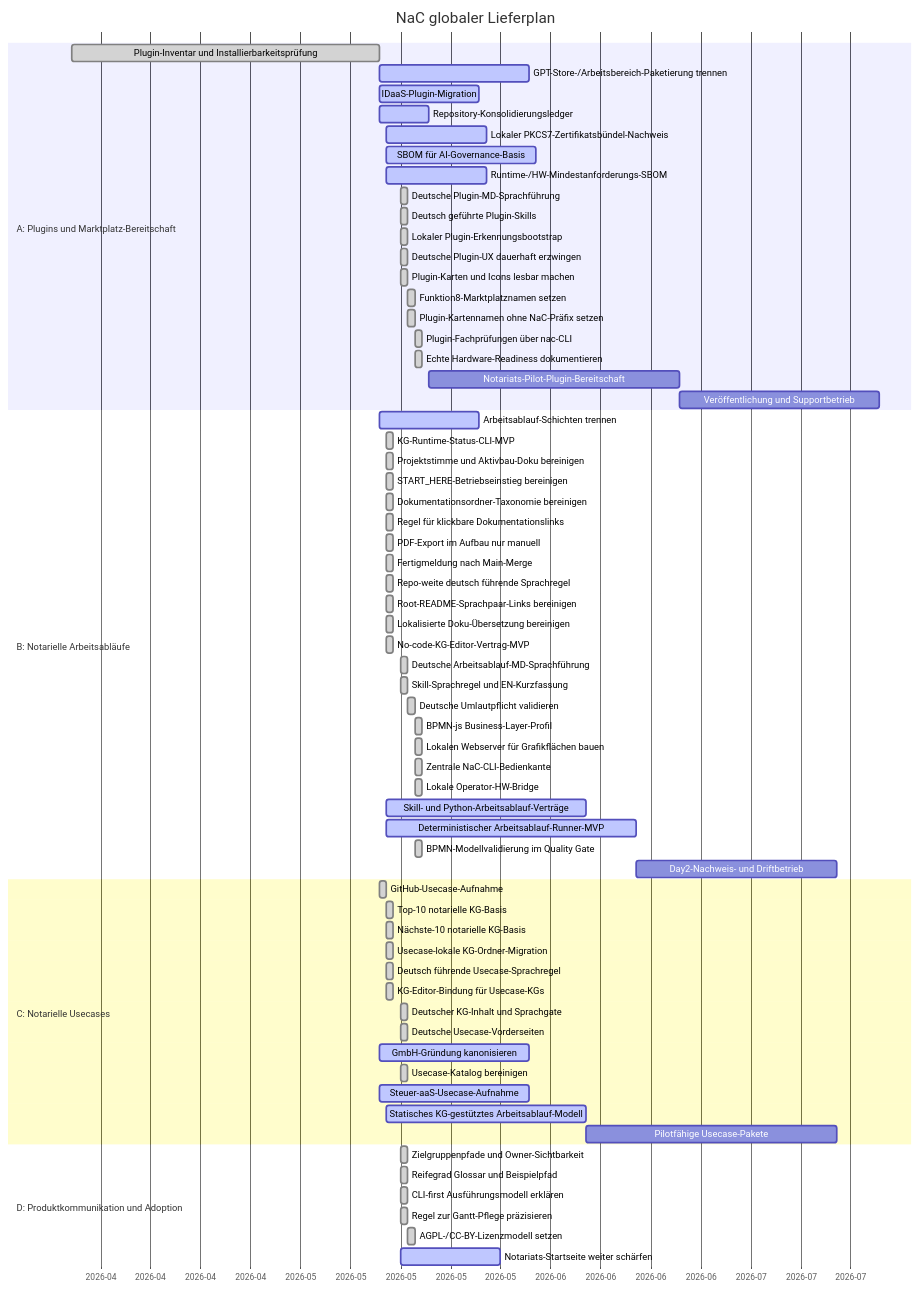
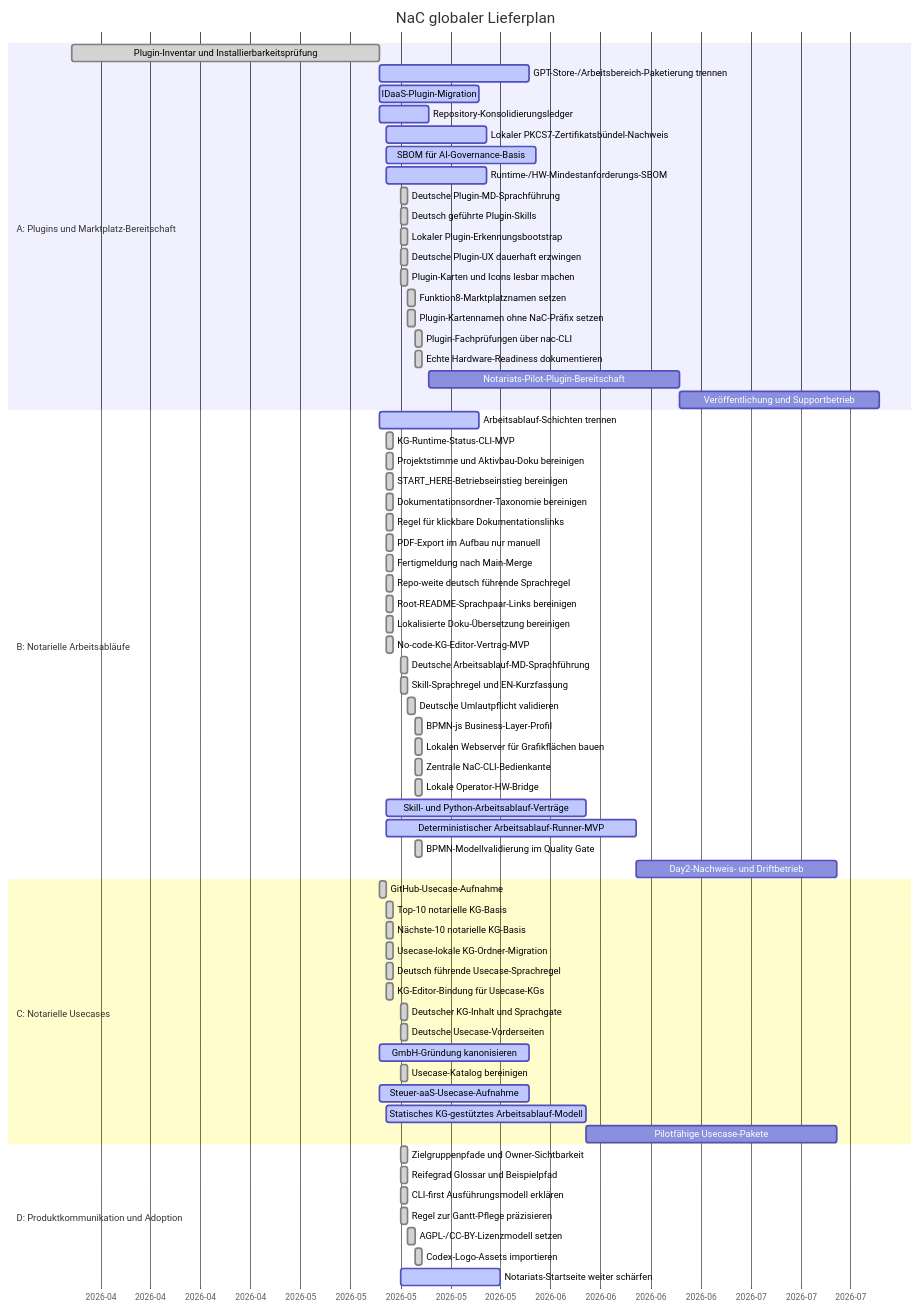
The diagram in roadmap/GANTT.md (notariat8/NaC), drawn with Mermaid before and after one commit. The commit also changed other lines of this file and 106 other files, not shown here.

Commit message:
Import Codex logo assets

````diff
--- a/roadmap/GANTT.md
+++ b/roadmap/GANTT.md
@@ -14,74 +14,75 @@
 ```mermaid
 gantt
     title NaC globaler Lieferplan
     dateFormat  YYYY-MM-DD
     axisFormat  %Y-%m
 
     section A: Plugins und Marktplatz-Bereitschaft
     Plugin-Inventar und Installierbarkeitsprüfung :done, a1, 2026-04-01, 2026-05-14
     GPT-Store-/Arbeitsbereich-Paketierung trennen :active, a2, 2026-05-14, 21d
     IDaaS-Plugin-Migration                       :active,  a3, 2026-05-14, 14d
     Repository-Konsolidierungsledger             :active,  a4, 2026-05-14, 7d
     Lokaler PKCS7-Zertifikatsbündel-Nachweis    :active,  a4a, 2026-05-15, 14d
     SBOM für AI-Governance-Basis                :active,  a4b, 2026-05-15, 21d
     Runtime-/HW-Mindestanforderungs-SBOM         :active,  a4c, 2026-05-15, 14d
     Deutsche Plugin-MD-Sprachführung            :done,    a4d, 2026-05-17, 1d
     Deutsch geführte Plugin-Skills              :done,    a4e, 2026-05-17, 1d
     Lokaler Plugin-Erkennungsbootstrap           :done,    a4f, 2026-05-17, 1d
     Deutsche Plugin-UX dauerhaft erzwingen       :done,    a4g, 2026-05-17, 1d
     Plugin-Karten und Icons lesbar machen        :done,    a4h, 2026-05-17, 1d
     Funktion8-Marktplatznamen setzen             :done,    a4i, 2026-05-18, 1d
     Plugin-Kartennamen ohne NaC-Präfix setzen    :done,    a4j, 2026-05-18, 1d
     Plugin-Fachprüfungen über nac-CLI            :done,    a4k, 2026-05-19, 1d
     Echte Hardware-Readiness dokumentieren       :done,    a4l, 2026-05-19, 1d
     Notariats-Pilot-Plugin-Bereitschaft          :         a5, after a4, 35d
     Veröffentlichung und Supportbetrieb         :         a6, after a5, 28d
 
     section B: Notarielle Arbeitsabläufe
     Arbeitsablauf-Schichten trennen              :active,  b1, 2026-05-14, 14d
     KG-Runtime-Status-CLI-MVP                    :done,    b1a, 2026-05-15, 1d
     Projektstimme und Aktivbau-Doku bereinigen   :done,    b1b, 2026-05-15, 1d
     START_HERE-Betriebseinstieg bereinigen       :done,    b1c, 2026-05-15, 1d
     Dokumentationsordner-Taxonomie bereinigen    :done,    b1d, 2026-05-15, 1d
     Regel für klickbare Dokumentationslinks     :done,    b1e, 2026-05-15, 1d
     PDF-Export im Aufbau nur manuell             :done,    b1f, 2026-05-15, 1d
     Fertigmeldung nach Main-Merge                :done,    b1g, 2026-05-15, 1d
     Repo-weite deutsch führende Sprachregel     :done,    b1h, 2026-05-15, 1d
     Root-README-Sprachpaar-Links bereinigen      :done,    b1i, 2026-05-15, 1d
     Lokalisierte Doku-Übersetzung bereinigen    :done,    b1j, 2026-05-15, 1d
     No-code-KG-Editor-Vertrag-MVP                :done,    b1k, 2026-05-15, 1d
     Deutsche Arbeitsablauf-MD-Sprachführung     :done,    b1l, 2026-05-17, 1d
     Skill-Sprachregel und EN-Kurzfassung         :done,    b1m, 2026-05-17, 1d
     Deutsche Umlautpflicht validieren            :done,    b1n, 2026-05-18, 1d
     BPMN-js Business-Layer-Profil                :done,    b1o, 2026-05-19, 1d
     Lokalen Webserver für Grafikflächen bauen   :done,    b1p, 2026-05-19, 1d
     Zentrale NaC-CLI-Bedienkante                 :done,    b1q, 2026-05-19, 1d
     Lokale Operator-HW-Bridge                    :done,    b1r, 2026-05-19, 1d
     Skill- und Python-Arbeitsablauf-Verträge    :active,  b2, 2026-05-15, 28d
     Deterministischer Arbeitsablauf-Runner-MVP   :active,  b3, 2026-05-15, 35d
     BPMN-Modellvalidierung im Quality Gate       :done,    b3a, 2026-05-19, 1d
     Day2-Nachweis- und Driftbetrieb              :         b4, after b3, 28d
 
     section C: Notarielle Usecases
     GitHub-Usecase-Aufnahme                      :done,    c1, 2026-05-14, 1d
     Top-10 notarielle KG-Basis                   :done,    c2, 2026-05-15, 1d
     Nächste-10 notarielle KG-Basis              :done,    c3, 2026-05-15, 1d
     Usecase-lokale KG-Ordner-Migration           :done,    c3a, 2026-05-15, 1d
     Deutsch führende Usecase-Sprachregel        :done,    c3b, 2026-05-15, 1d
     KG-Editor-Bindung für Usecase-KGs           :done,    c3c, 2026-05-15, 1d
     Deutscher KG-Inhalt und Sprachgate           :done,    c3d, 2026-05-17, 1d
     Deutsche Usecase-Vorderseiten                :done,    c3e, 2026-05-17, 1d
     GmbH-Gründung kanonisieren                  :active,  c4, 2026-05-14, 21d
     Usecase-Katalog bereinigen                 :done,    c5, 2026-05-17, 1d
     Steuer-aaS-Usecase-Aufnahme                  :active,  c6, 2026-05-14, 21d
     Statisches KG-gestütztes Arbeitsablauf-Modell :active, c7, 2026-05-15, 28d
     Pilotfähige Usecase-Pakete                  :         c8, after c7, 35d
 
     section D: Produktkommunikation und Adoption
     Zielgruppenpfade und Owner-Sichtbarkeit      :done,    d1, 2026-05-17, 1d
     Reifegrad Glossar und Beispielpfad           :done,    d1a, 2026-05-17, 1d
     CLI-first Ausführungsmodell erklären       :done,    d1b, 2026-05-17, 1d
     Regel zur Gantt-Pflege präzisieren         :done,    d1c, 2026-05-17, 1d
     AGPL-/CC-BY-Lizenzmodell setzen              :done,    d1d, 2026-05-18, 1d
+    Codex-Logo-Assets importieren                :done,    d1e, 2026-05-19, 1d
     Notariats-Startseite weiter schärfen        :active,  d2, 2026-05-17, 14d
 ```
````
